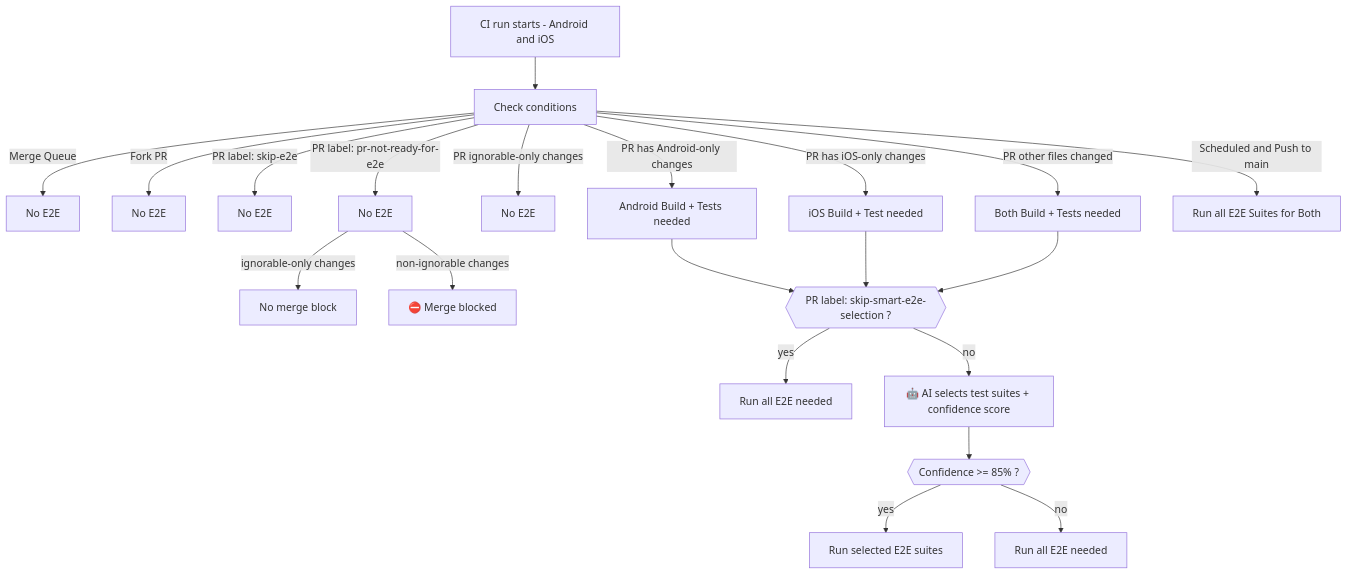
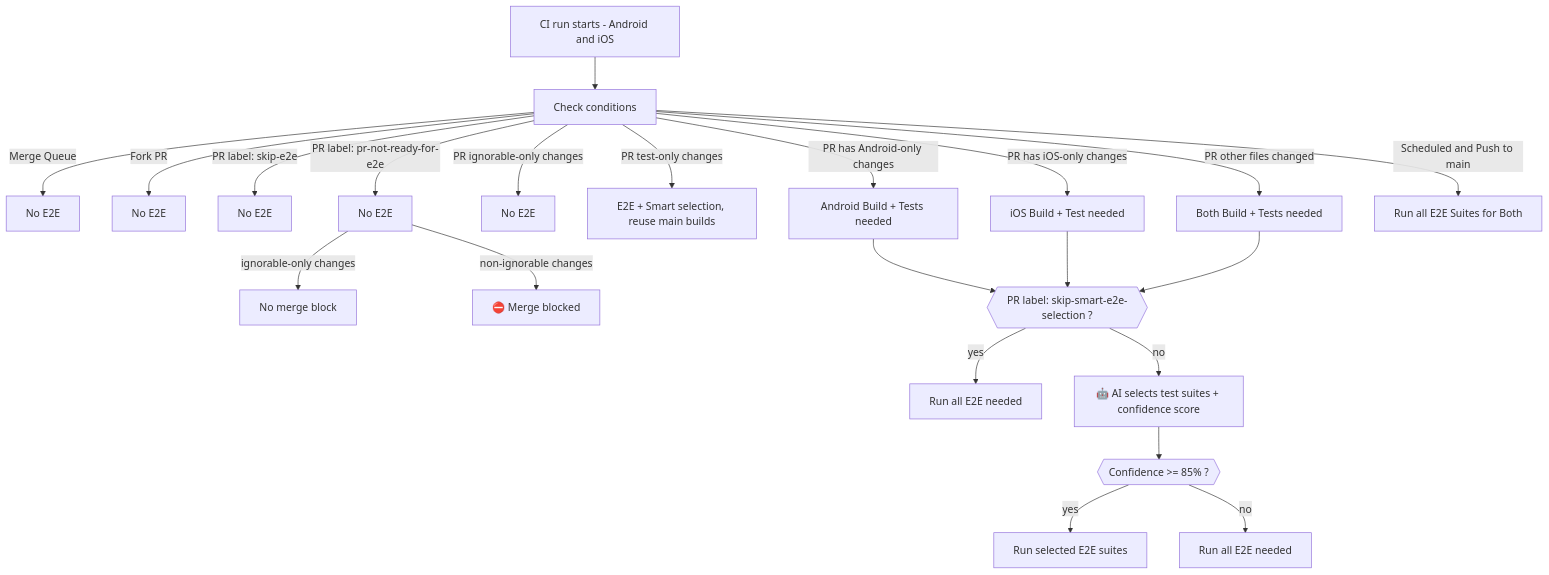
Before and after one commit to MetaMask/metamask-mobile: the diagram in .github/guidelines/E2E_DECISION_TREE.md, drawn with Mermaid. The commit also changed other lines of this file and 14 other files, not shown here.

First line of the commit message:
ci(MMQA-1667): skip native builds when PR only changes E2E/performance tests (#33180)

````diff
--- a/.github/guidelines/E2E_DECISION_TREE.md
+++ b/.github/guidelines/E2E_DECISION_TREE.md
@@ -5,22 +5,23 @@
 ```mermaid
 flowchart TD
     CI[CI run starts - Android and iOS] --> GR[Check conditions]
     GR -->|Merge Queue | MQ[No E2E]
     GR -->|Fork PR| FK[No E2E]
     GR -->|PR label: skip-e2e| HS[No E2E]
     GR -->|PR label: pr-not-ready-for-e2e| L2[No E2E]
     L2 -->|ignorable-only changes| NoBlock[No merge block]
     L2 -->|non-ignorable changes| Skip2[⛔️ Merge blocked]
     GR -->|PR ignorable-only changes| Ignorable[No E2E]
+    GR -->|PR test-only changes| TestOnly[E2E + Smart selection, reuse main builds]
     GR -->|PR has Android-only changes| Android[Android Build + Tests needed]
     GR -->|PR has iOS-only changes| iOS[iOS Build + Test needed]
     GR -->|PR other files changed| Both[Both Build + Tests needed]
     GR -->|Scheduled and Push to main | Full[Run all E2E Suites for Both]
 
     Android & iOS & Both --> LABEL{{PR label: skip-smart-e2e-selection ?}}
     LABEL -->|yes| AllTags[Run all E2E needed]
     LABEL -->|no| AI[🤖 AI selects test suites + confidence score]
     AI --> CONF{{Confidence >= 85% ?}}
     CONF -->|yes| SelectedTags[Run selected E2E suites]
     CONF -->|no| AllTagsFallback[Run all E2E needed]
 ```
````
